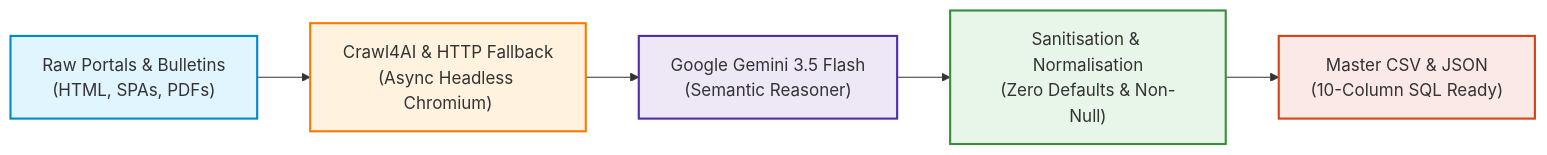
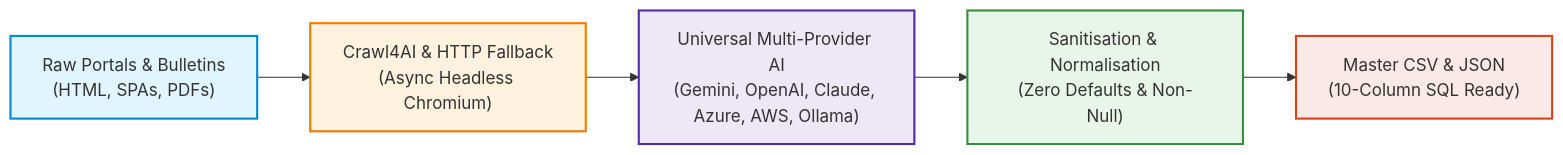
The first of 4 diagrams in README.md (CHIRAG3899/universal-product-lifecycle-scraper), drawn with Mermaid before and after one commit. The commit also changed other lines of this file and 23 other files, not shown here.

````diff
--- a/README.md
+++ b/README.md
@@ -46,13 +50,13 @@
 ```mermaid
 graph LR
     A["Raw Portals & Bulletins<br/>(HTML, SPAs, PDFs)"] --> B["Crawl4AI & HTTP Fallback<br/>(Async Headless Chromium)"]
-    B --> C["Google Gemini 3.5 Flash<br/>(Semantic Reasoner)"]
+    B --> C["Universal Multi-Provider AI<br/>(Gemini, OpenAI, Claude, Azure, AWS, Ollama)"]
     D --> E["Master CSV & JSON<br/>(10-Column SQL Ready)"]
     C --> D["Sanitisation & Normalisation<br/>(Zero Defaults & Non-Null)"]
 
     style A fill:#e1f5fe,stroke:#0288d1,stroke-width:2px;
     style B fill:#fff3e0,stroke:#f57c00,stroke-width:2px;
     style C fill:#ede7f6,stroke:#512da8,stroke-width:2px;
     style D fill:#e8f5e9,stroke:#388e3c,stroke-width:2px;
     style E fill:#fbe9e7,stroke:#d84315,stroke-width:2px;
 ```
````
